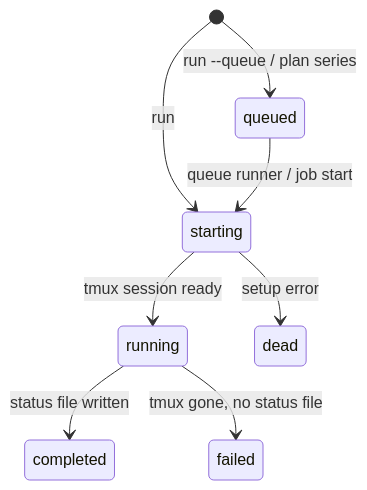
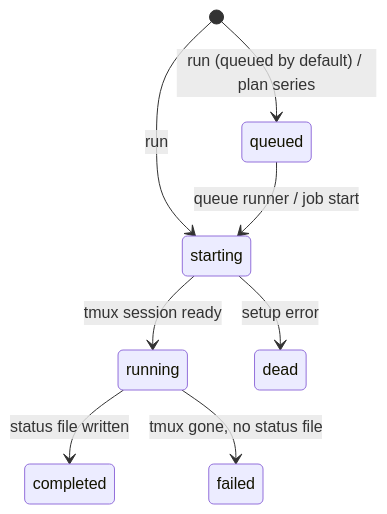
Before and after one commit to osteele/weft: the first of 2 diagrams in docs/architecture.md, drawn with Mermaid. The commit also changed other lines of this file and 36 other files, not shown here.

````diff
--- a/docs/architecture.md
+++ b/docs/architecture.md
@@ -58,10 +58,10 @@
 ```mermaid
 stateDiagram-v2
-    [*] --> queued : run --queue / plan series
+    [*] --> queued : run (queued by default) / plan series
     [*] --> starting : run
     queued --> starting : queue runner / job start
     starting --> running : tmux session ready
     starting --> dead : setup error
     running --> completed : status file written
     running --> failed : tmux gone, no status file
 ```
````
